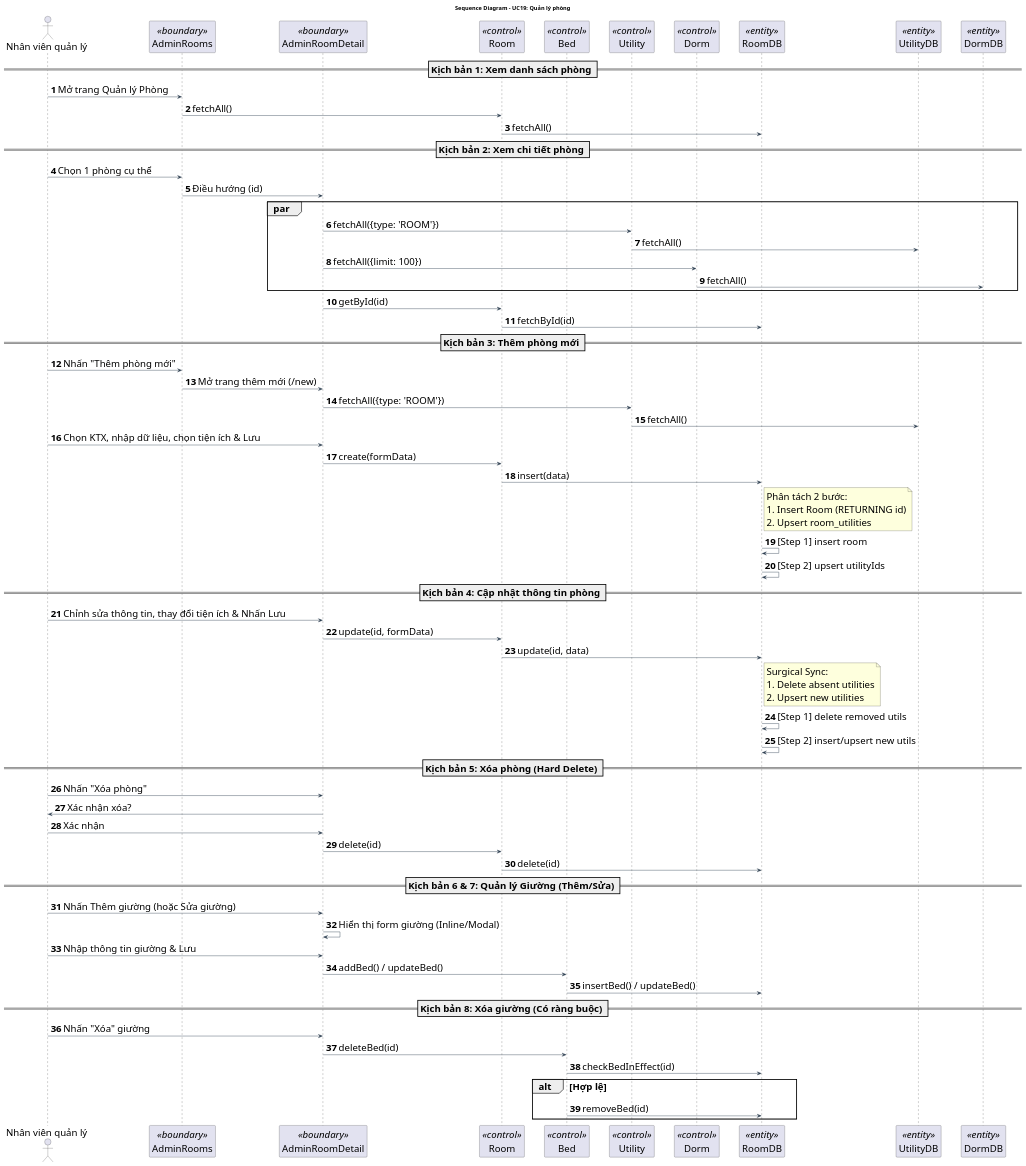
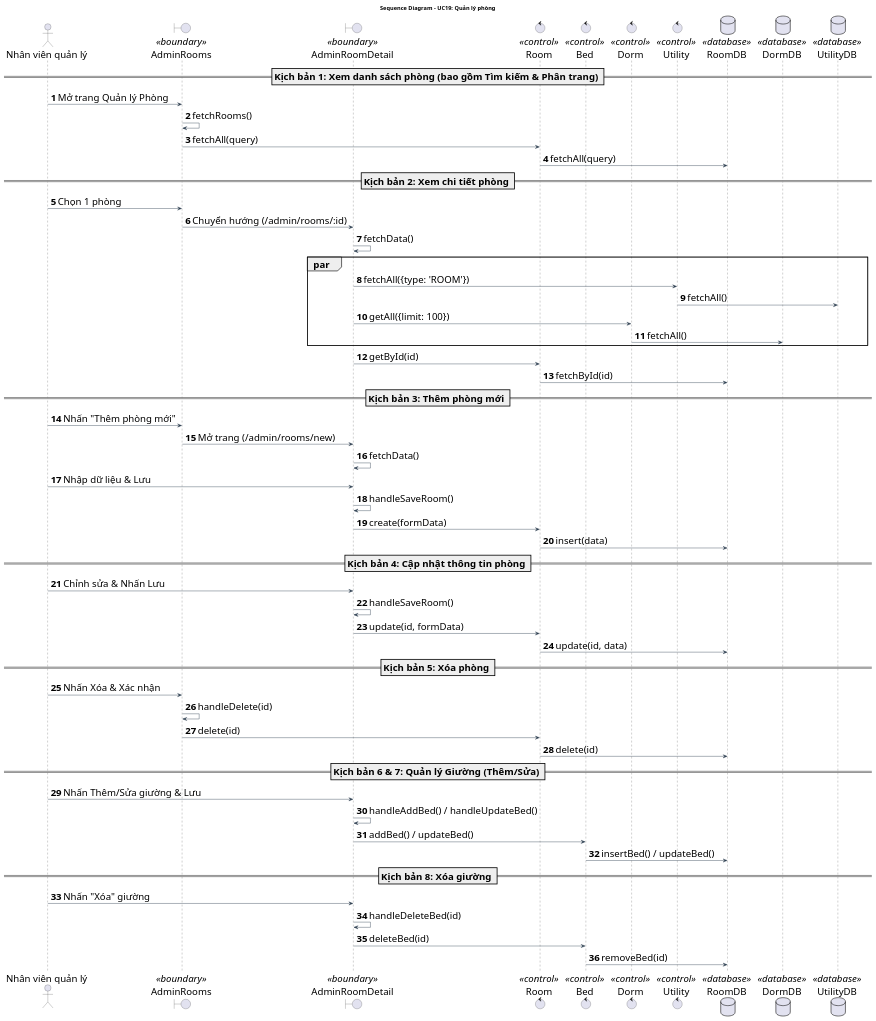
One commit to Gnourt812005/HCMUS-Analyze-and-desgin-IS changed the diagram in doc/system/quan_ly_phong/QuanLyPhong_SequenceDiagram.wsd. Above: the diagram before and after it, drawn with PlantUML. The commit also changed other lines of this file and 19 other files, not shown here.

Commit message:
trong: update class and sequence usecase

```diff
--- a/doc/system/quan_ly_phong/QuanLyPhong_SequenceDiagram.wsd
+++ b/doc/system/quan_ly_phong/QuanLyPhong_SequenceDiagram.wsd
@@ -1,86 +1,79 @@
 @startuml QuanLyPhong_SequenceDiagram
 title Sequence Diagram - UC19: Quản lý phòng
 
 ' --- STYLE CONFIGURATION ---
 skinparam {
     BackgroundColor White
     ArrowColor #2D3E50
     DefaultFontName "Arial"
     DefaultFontSize 24
     ParticipantPadding 20
     BoxPadding 10
 }
 
 actor "Nhân viên quản lý" as Actor
-participant "AdminRooms" as MainGUI <<boundary>>
-participant "AdminRoomDetail" as DetailGUI <<boundary>>
-participant "Room" as BUS_Room <<control>>
-participant "Bed" as BUS_Bed <<control>>
-participant "Utility" as BUS_Util <<control>>
-participant "Dorm" as BUS_Dorm <<control>>
-participant "RoomDB" as DB <<entity>>
-participant "UtilityDB" as DB_Util <<entity>>
-participant "DormDB" as DB_Dorm <<entity>>
+boundary "AdminRooms" as MainGUI <<boundary>>
+boundary "AdminRoomDetail" as DetailGUI <<boundary>>
+control "Room" as BUS_Room <<control>>
+control "Bed" as BUS_Bed <<control>>
+control "Dorm" as BUS_Dorm <<control>>
+control "Utility" as BUS_Util <<control>>
+database "RoomDB" as RDB <<database>>
+database "DormDB" as DDB <<database>>
+database "UtilityDB" as UDB <<database>>
 
 autonumber
 
-== Kịch bản 1: Xem danh sách phòng ==
+== Kịch bản 1: Xem danh sách phòng (bao gồm Tìm kiếm & Phân trang) ==
 Actor -> MainGUI: Mở trang Quản lý Phòng
-MainGUI -> BUS_Room: fetchAll()
-BUS_Room -> DB: fetchAll()
+MainGUI -> MainGUI: fetchRooms()
+MainGUI -> BUS_Room: fetchAll(query)
+BUS_Room -> RDB: fetchAll(query)
 
 == Kịch bản 2: Xem chi tiết phòng ==
-Actor -> MainGUI: Chọn 1 phòng cụ thể
-MainGUI -> DetailGUI: Điều hướng (id)
+Actor -> MainGUI: Chọn 1 phòng
+MainGUI -> DetailGUI: Chuyển hướng (/admin/rooms/:id)
+DetailGUI -> DetailGUI: fetchData()
 par 
     DetailGUI -> BUS_Util: fetchAll({type: 'ROOM'})
-    BUS_Util -> DB_Util: fetchAll()
-    DetailGUI -> BUS_Dorm: fetchAll({limit: 100})
-    BUS_Dorm -> DB_Dorm: fetchAll()
+    BUS_Util -> UDB: fetchAll()
+    DetailGUI -> BUS_Dorm: getAll({limit: 100})
+    BUS_Dorm -> DDB: fetchAll()
 end
 DetailGUI -> BUS_Room: getById(id)
-BUS_Room -> DB: fetchById(id)
+BUS_Room -> RDB: fetchById(id)
 
 == Kịch bản 3: Thêm phòng mới ==
 Actor -> MainGUI: Nhấn "Thêm phòng mới"
-MainGUI -> DetailGUI: Mở trang thêm mới (/new)
-DetailGUI -> BUS_Util: fetchAll({type: 'ROOM'})
-BUS_Util -> DB_Util: fetchAll()
-Actor -> DetailGUI: Chọn KTX, nhập dữ liệu, chọn tiện ích & Lưu
+MainGUI -> DetailGUI: Mở trang (/admin/rooms/new)
+DetailGUI -> DetailGUI: fetchData()
+Actor -> DetailGUI: Nhập dữ liệu & Lưu
+DetailGUI -> DetailGUI: handleSaveRoom()
 DetailGUI -> BUS_Room: create(formData)
-BUS_Room -> DB: insert(data)
-Note right of DB: Phân tách 2 bước:\n1. Insert Room (RETURNING id)\n2. Upsert room_utilities
-DB -> DB: [Step 1] insert room
-DB -> DB: [Step 2] upsert utilityIds
+BUS_Room -> RDB: insert(data)
 
 == Kịch bản 4: Cập nhật thông tin phòng ==
-Actor -> DetailGUI: Chỉnh sửa thông tin, thay đổi tiện ích & Nhấn Lưu
+Actor -> DetailGUI: Chỉnh sửa & Nhấn Lưu
+DetailGUI -> DetailGUI: handleSaveRoom()
 DetailGUI -> BUS_Room: update(id, formData)
-BUS_Room -> DB: update(id, data)
-Note right of DB: Surgical Sync:\n1. Delete absent utilities\n2. Upsert new utilities
-DB -> DB: [Step 1] delete removed utils
-DB -> DB: [Step 2] insert/upsert new utils
+BUS_Room -> RDB: update(id, data)
 
-== Kịch bản 5: Xóa phòng (Hard Delete) ==
-Actor -> DetailGUI: Nhấn "Xóa phòng"
-DetailGUI -> Actor: Xác nhận xóa?
-Actor -> DetailGUI: Xác nhận
-DetailGUI -> BUS_Room: delete(id)
-BUS_Room -> DB: delete(id)
+== Kịch bản 5: Xóa phòng ==
+Actor -> MainGUI: Nhấn Xóa & Xác nhận
+MainGUI -> MainGUI: handleDelete(id)
+MainGUI -> BUS_Room: delete(id)
+BUS_Room -> RDB: delete(id)
 
 == Kịch bản 6 & 7: Quản lý Giường (Thêm/Sửa) ==
-Actor -> DetailGUI: Nhấn Thêm giường (hoặc Sửa giường)
-DetailGUI -> DetailGUI: Hiển thị form giường (Inline/Modal)
-Actor -> DetailGUI: Nhập thông tin giường & Lưu
+Actor -> DetailGUI: Nhấn Thêm/Sửa giường & Lưu
+DetailGUI -> DetailGUI: handleAddBed() / handleUpdateBed()
 DetailGUI -> BUS_Bed: addBed() / updateBed()
-BUS_Bed -> DB: insertBed() / updateBed()
+BUS_Bed -> RDB: insertBed() / updateBed()
 
-== Kịch bản 8: Xóa giường (Có ràng buộc) ==
+== Kịch bản 8: Xóa giường ==
 Actor -> DetailGUI: Nhấn "Xóa" giường
+DetailGUI -> DetailGUI: handleDeleteBed(id)
 DetailGUI -> BUS_Bed: deleteBed(id)
-BUS_Bed -> DB: checkBedInEffect(id)
-alt Hợp lệ
-    BUS_Bed -> DB: removeBed(id)
-end
+BUS_Bed -> RDB: removeBed(id)
 
 @enduml
```
